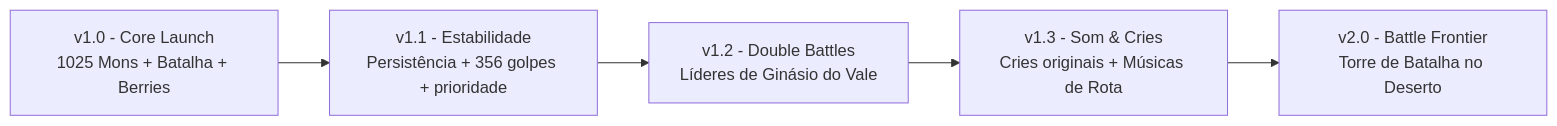
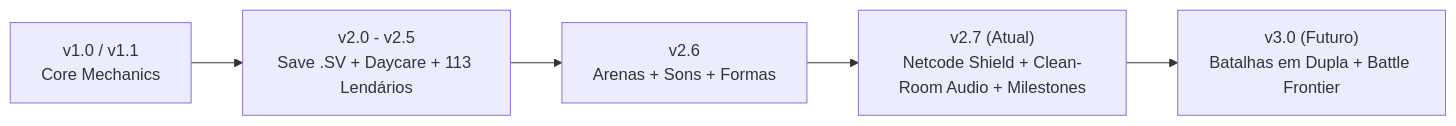
The diagram in README.md (Cavalino121/PokeValley-Overhaul), drawn with Mermaid before and after one commit. The commit also changed other lines of this file and 32 other files, not shown here.

Commit message:
feat(security-cleanroom): implement netcode shield, safe packet parsing, and clean-room audio downloader v2.7

````diff
--- a/README.md
+++ b/README.md
@@ -172,7 +98,7 @@
 ```mermaid
 flowchart LR
-    A["v1.0 - Core Launch<br>1025 Mons + Batalha + Berries"] --> B["v1.1 - Estabilidade<br>Persistência + 356 golpes + prioridade"]
-    B --> C["v1.2 - Double Battles<br>Líderes de Ginásio do Vale"]
-    C --> D["v1.3 - Som & Cries<br>Cries originais + Músicas de Rota"]
-    D --> E["v2.0 - Battle Frontier<br>Torre de Batalha no Deserto"]
+    A["v1.0 / v1.1<br>Core Mechanics"] --> B["v2.0 - v2.5<br>Save .SV + Daycare + 113 Lendários"]
+    B --> C["v2.6<br>Arenas + Sons + Formas"]
+    C --> D["v2.7 (Atual)<br>Netcode Shield + Clean-Room Audio + Milestones"]
+    D --> E["v3.0 (Futuro)<br>Batalhas em Dupla + Battle Frontier"]
 ```
````
